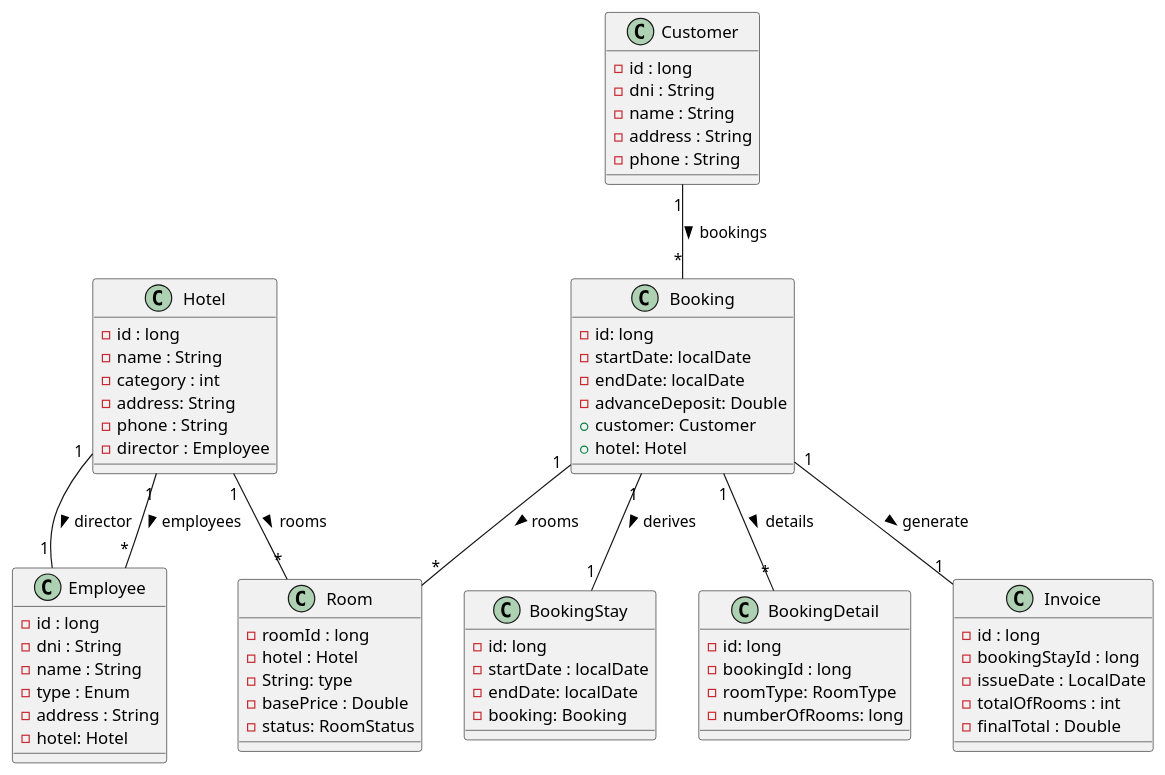
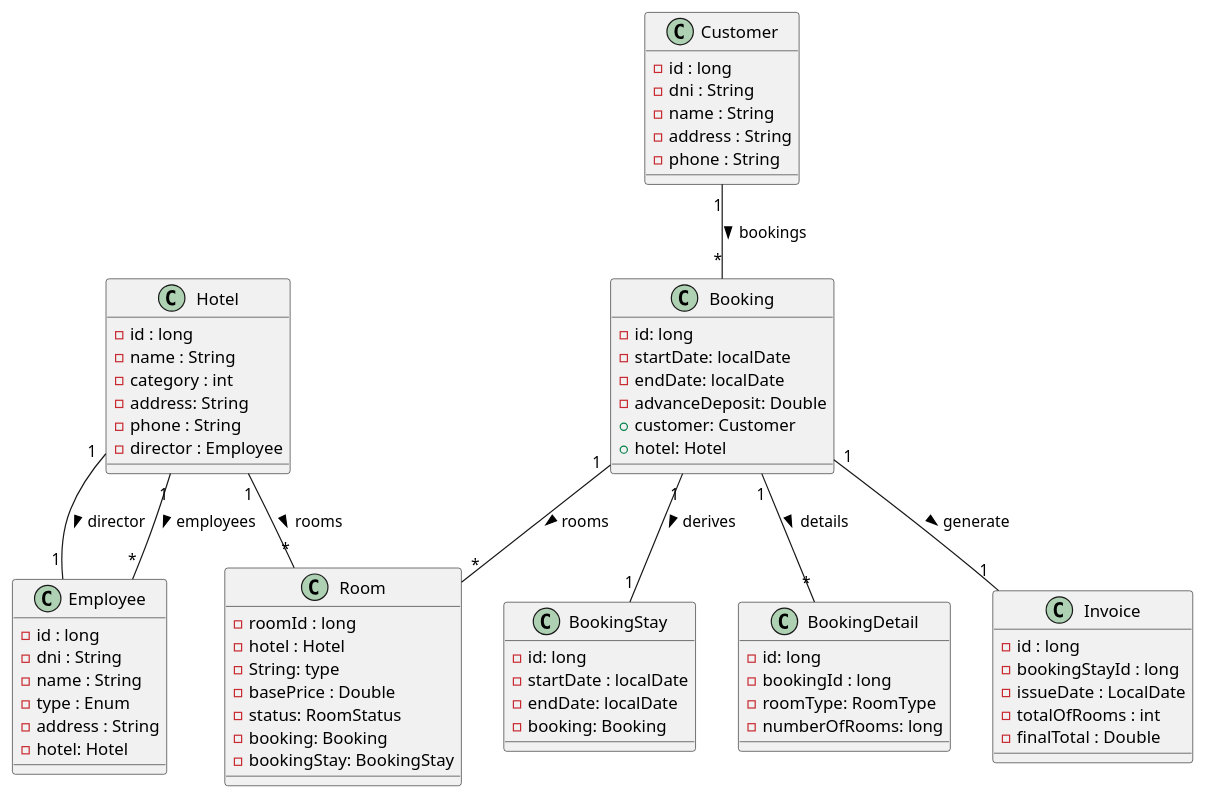
Before and after one commit to cleymeravilaa/hotel-chain-management: the diagram in docs/classesdiagram.puml, drawn with PlantUML. The commit also changed 4 other files, not shown here.

Commit message:
feat: adding status handling for room class, improving diagram class and fixing some issues in migration sql script

```diff
--- a/docs/classesdiagram.puml
+++ b/docs/classesdiagram.puml
@@ -1,82 +1,84 @@
 @startuml
 
 ' Main Entities'
 class Hotel {
     - id : long
     - name : String
     - category : int
     - address: String
     - phone : String
     - director : Employee
 }
 
 class Employee {
     - id : long
     - dni : String
     - name : String
     - type : Enum
     - address : String
     - hotel: Hotel
 }
 
 class Customer {
     - id : long
     - dni : String
     - name : String
     - address : String
     - phone : String
 }
 
 class Room {
     - roomId : long
     - hotel : Hotel
     - String: type
     - basePrice : Double
     - status: RoomStatus
+    - booking: Booking
+    - bookingStay: BookingStay
 }
 
 class Booking {
     - id: long
     - startDate: localDate
     - endDate: localDate
     - advanceDeposit: Double
     + customer: Customer
     + hotel: Hotel
 }
 
 class BookingStay {
     - id: long
     - startDate : localDate
     - endDate: localDate
     - booking: Booking
 }
 
 class BookingDetail {
     - id: long
     - bookingId : long
     - roomType: RoomType
     - numberOfRooms: long
 }
 
 class Invoice {
     - id : long
     - bookingStayId : long
     - issueDate : LocalDate
     - totalOfRooms : int
     - finalTotal : Double
 }
 
 
 ' Relationships '
 
 Hotel "1" -- "1" Employee: director >
 Hotel "1" -- "*" Employee: employees >
 Hotel "1" -- "*" Room: rooms >
 
 Customer "1" -- "*" Booking : bookings >
 
 Booking "1" -- "1" BookingStay: derives >
 Booking "1" -- "*" Room: rooms >
 Booking "1" -- "1" Invoice: generate >
 Booking "1" -- "*" BookingDetail: details >
 @enduml
```
